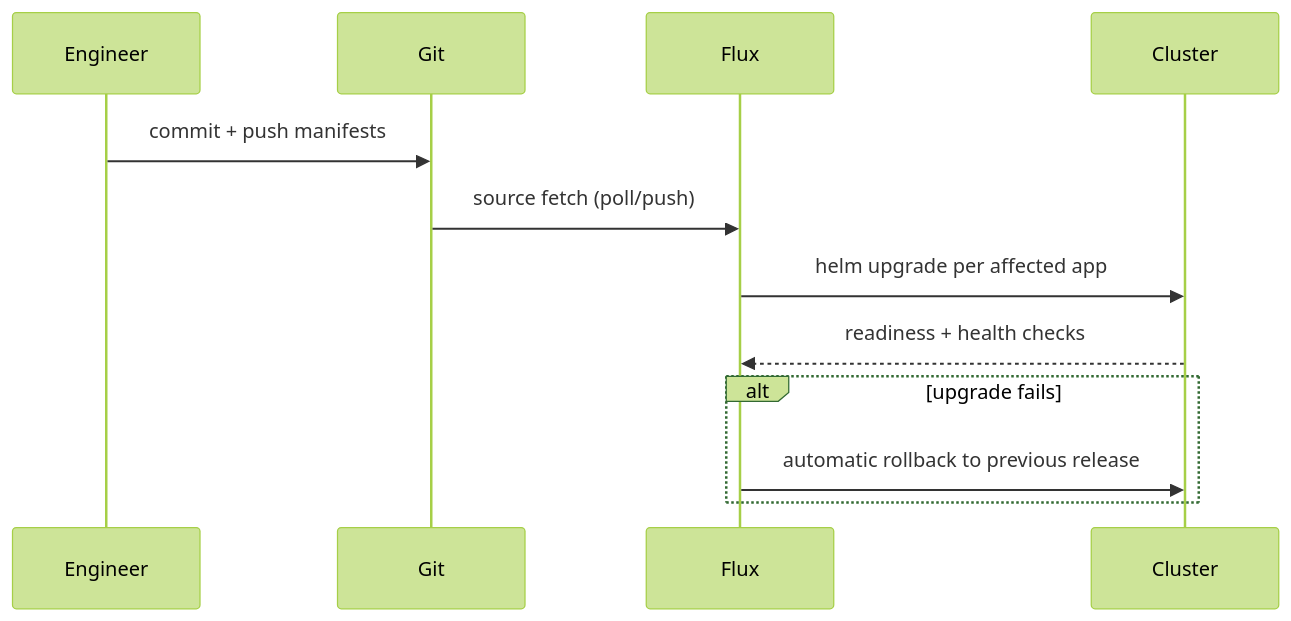
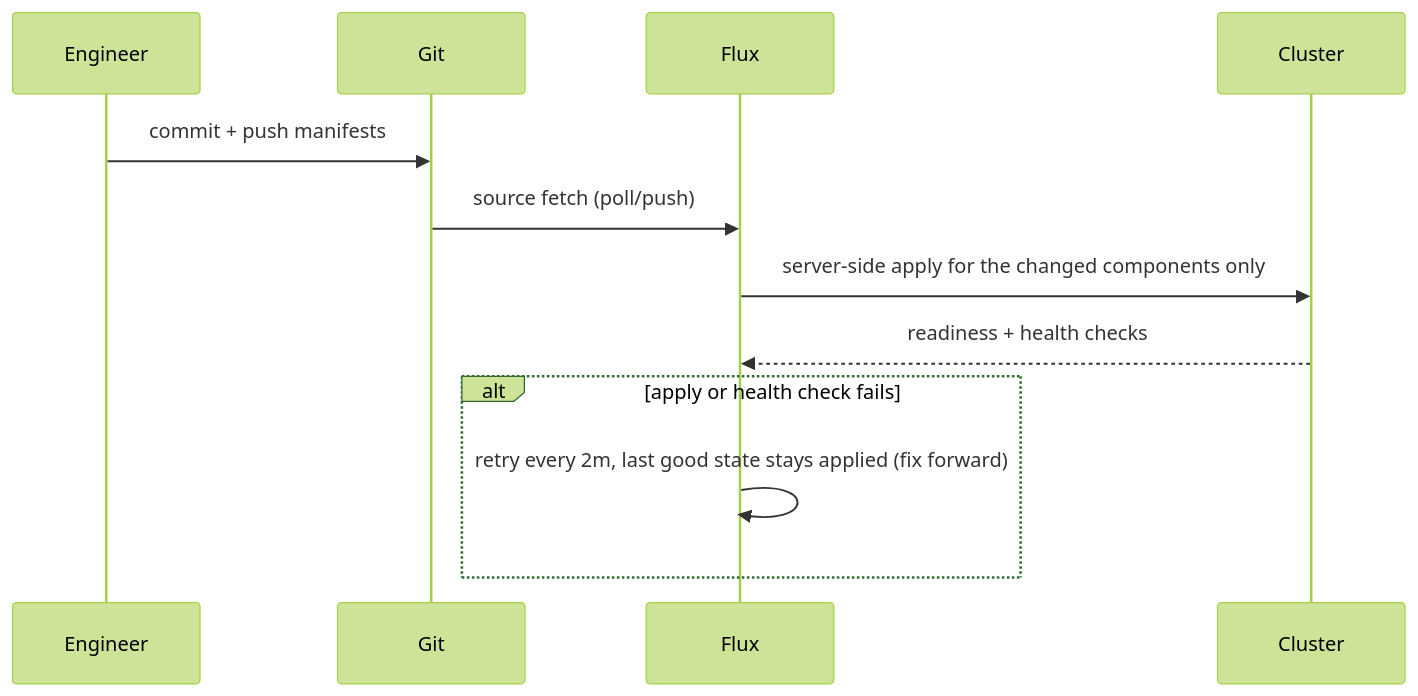
Before and after one commit to member87/home-ops: the third of 3 diagrams in docs/gitops-flow.md, drawn with Mermaid (forest theme). The commit also changed other lines of this file and 160 other files, not shown here.

First line of the commit message:
refactor(flux): per-component Kustomizations instead of per-app wrapper charts (#297)

````diff
--- a/docs/gitops-flow.md
+++ b/docs/gitops-flow.md
@@ -50,14 +60,14 @@
 ```mermaid
 sequenceDiagram
     participant E as Engineer
     participant G as Git
     participant F as Flux
     participant C as Cluster
     E->>G: commit + push manifests
     G->>F: source fetch (poll/push)
-    F->>C: helm upgrade per affected app
+    F->>C: server-side apply for the changed components only
     C-->>F: readiness + health checks
-    alt upgrade fails
-        F->>C: automatic rollback to previous release
+    alt apply or health check fails
+        F->>F: retry every 2m, last good state stays applied (fix forward)
     end
 ```
````
